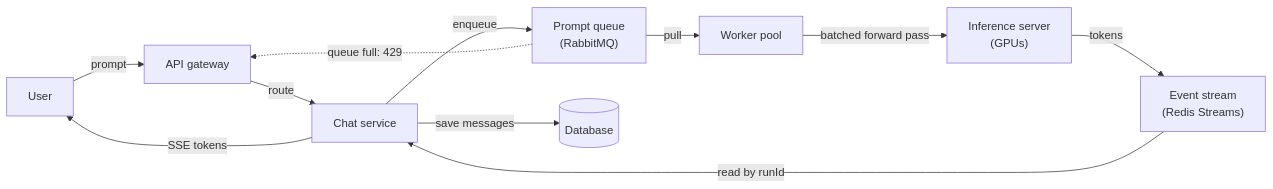
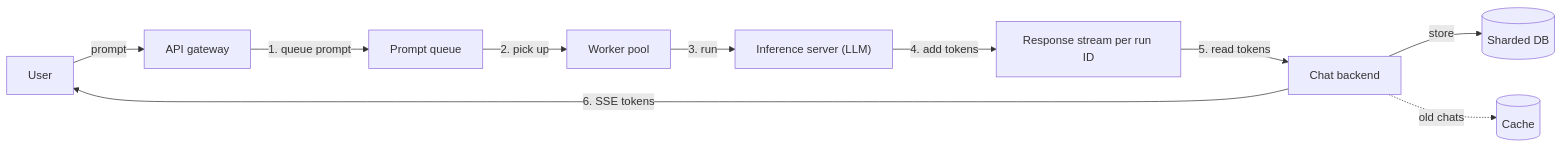
One commit to aaryan-pradhan/core-cs-fundamentals changed the second of 2 diagrams in hld/23-chatgpt.md. Above: the diagram before and after it, drawn with Mermaid. The commit also changed other lines of this file, not shown here.

````diff
--- a/hld/23-chatgpt.md
+++ b/hld/23-chatgpt.md
@@ -159,13 +67,12 @@
 ```mermaid
 flowchart LR
     U["User"] -->|"prompt"| GW["API gateway"]
-    GW -->|"route"| CS["Chat service"]
-    CS -->|"enqueue"| Q["Prompt queue<br/>(RabbitMQ)"]
-    Q -->|"pull"| WP["Worker pool"]
-    WP -->|"batched forward pass"| LLM["Inference server<br/>(GPUs)"]
-    LLM -->|"tokens"| ES["Event stream<br/>(Redis Streams)"]
-    ES -->|"read by runId"| CS
-    CS -->|"SSE tokens"| U
-    CS -->|"save messages"| DB[("Database")]
-    Q -.->|"queue full: 429"| GW
+    GW -->|"1. queue prompt"| Q["Prompt queue"]
+    Q -->|"2. pick up"| W["Worker pool"]
+    W -->|"3. run"| LLM["Inference server (LLM)"]
+    LLM -->|"4. add tokens"| RS["Response stream per run ID"]
+    RS -->|"5. read tokens"| CB["Chat backend"]
+    CB -->|"6. SSE tokens"| U
+    CB -->|"store"| DB[("Sharded DB")]
+    CB -.->|"old chats"| C[("Cache")]
 ```
````
